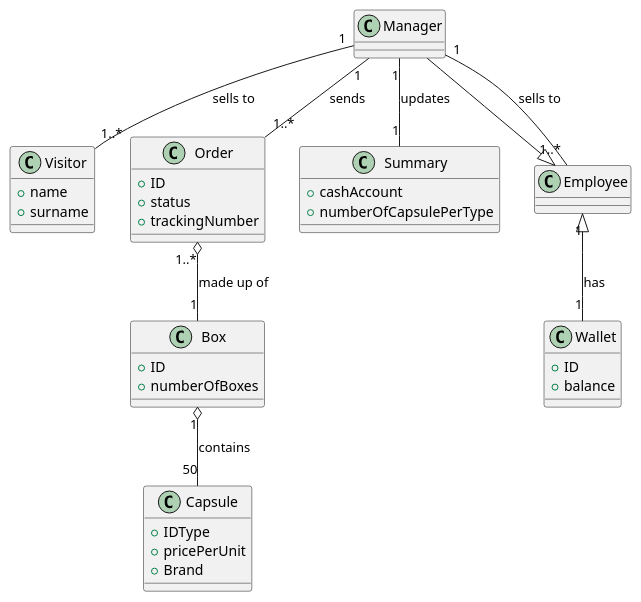
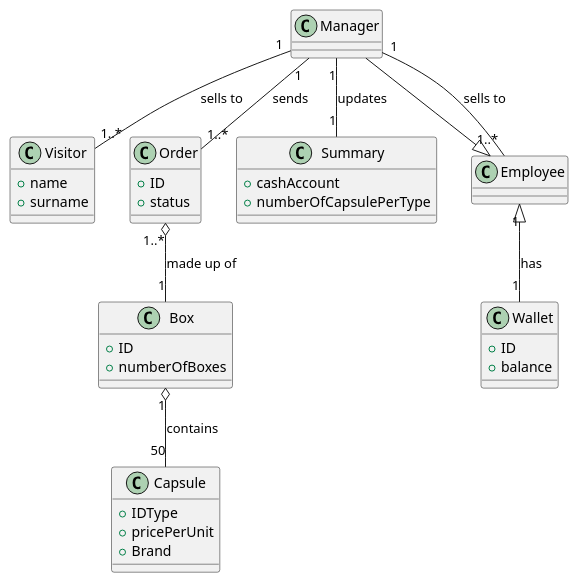
Before and after one commit to DarkSee/LaTazza: the third of 4 diagrams in templates/RequirementsTemplate.md, drawn with PlantUML. The commit also changed other lines of this file, not shown here.

````diff
--- a/templates/RequirementsTemplate.md
+++ b/templates/RequirementsTemplate.md
@@ -329,45 +349,44 @@
 ```plantuml
 class Manager {
 }
 
 class Visitor {
   +name
   +surname
 }
 
 class Capsule {
   +IDType
   +pricePerUnit
   +Brand
 }
 
 class Box {
   +ID
   +numberOfBoxes
 }
 
 class Order{
   +ID
   +status
-  +trackingNumber
 }
 
 class Wallet {
   +ID
   +balance
 }
 
 class Summary {
    +cashAccount
    +numberOfCapsulePerType
 }
 
 Manager --|> Employee
 Box "1" o-- "50" Capsule : contains
 Order "1..*" o-- "1" Box : made up of
 Manager "1" -- "1..*" Order : sends
 Employee "1" <|-- "1" Wallet : has
 Manager "1" -- "1..*" Visitor : sells to
 Manager "1" -- "1..*" Employee : sells to
 Manager "1" -- "1" Summary : updates
 ```
````
